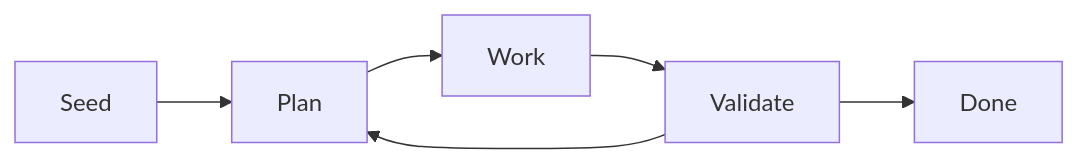
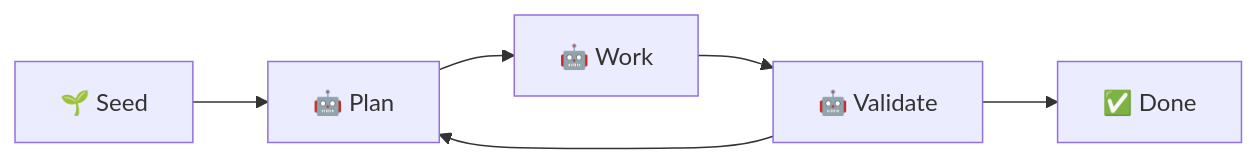
Before and after one commit to lean-software-production/software-factory-tutorial: the diagram in tutorial/lessons/what-is-a-factory/lesson.md, drawn with Mermaid. The commit also changed other lines of this file and 1 other file, not shown here.

Commit message:
Copy changes in the lessons

````diff
--- a/tutorial/lessons/what-is-a-factory/lesson.md
+++ b/tutorial/lessons/what-is-a-factory/lesson.md
@@ -17,8 +19,8 @@
 ```mermaid
 flowchart LR
-    O[Seed] --> A[Plan]
-    A --> B[Work]
-    B --> C[Validate]
+    O[🌱 Seed] --> A[🤖 Plan]
+    A --> B[🤖 Work]
+    B --> C[🤖 Validate]
     C --> A
-    C --> D[Done]
+    C --> D[✅ Done]
 ```
````
